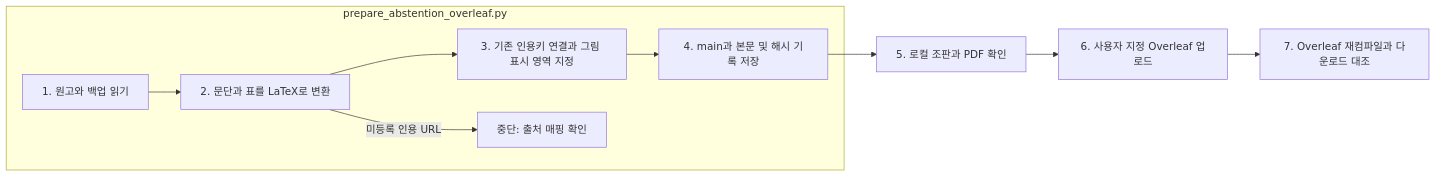
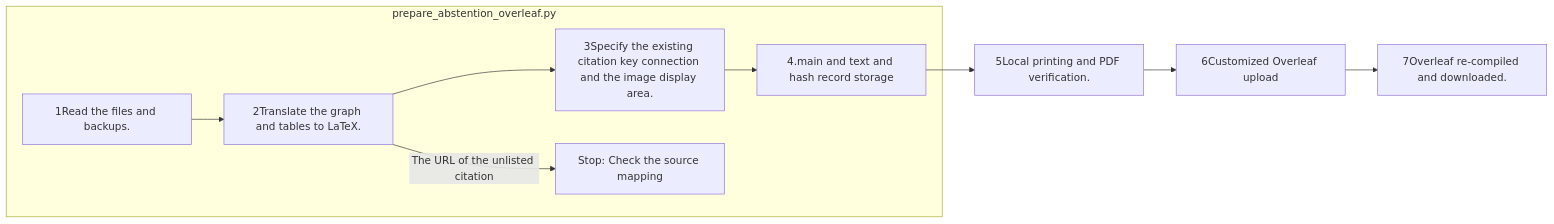
Before and after one commit to pnu-clink/finject: the diagram in src/finarch/documentation/templates/research/overleaf-abstention-update-readme.md, drawn with Mermaid. The commit also changed other lines of this file and 644 other files, not shown here.

````diff
--- a/src/finarch/documentation/templates/research/overleaf-abstention-update-readme.md
+++ b/src/finarch/documentation/templates/research/overleaf-abstention-update-readme.md
@@ -17,12 +17,12 @@
 ```mermaid
 flowchart LR
   subgraph converter[prepare_abstention_overleaf.py]
-    S1[1. 원고와 백업 읽기] --> S2[2. 문단과 표를 LaTeX로 변환]
-    S2 --> S3[3. 기존 인용키 연결과 그림 표시 영역 지정]
-    S3 --> S4[4. main과 본문 및 해시 기록 저장]
-    S2 -->|미등록 인용 URL| F[중단: 출처 매핑 확인]
+    S1[1Read the files and backups.] --> S2[2Translate the graph and tables to LaTeX.]
+    S2 --> S3[3Specify the existing citation key connection and the image display area.]
+    S3 --> S4[4.main and text and hash record storage]
+    S2 -->|The URL of the unlisted citation| F[Stop: Check the source mapping]
   end
-  S4 --> S5[5. 로컬 조판과 PDF 확인]
-  S5 --> S6[6. 사용자 지정 Overleaf 업로드]
-  S6 --> S7[7. Overleaf 재컴파일과 다운로드 대조]
+  S4 --> S5[5Local printing and PDF verification.]
+  S5 --> S6[6Customized Overleaf upload]
+  S6 --> S7[7Overleaf re-compiled and downloaded.]
 ```
````
